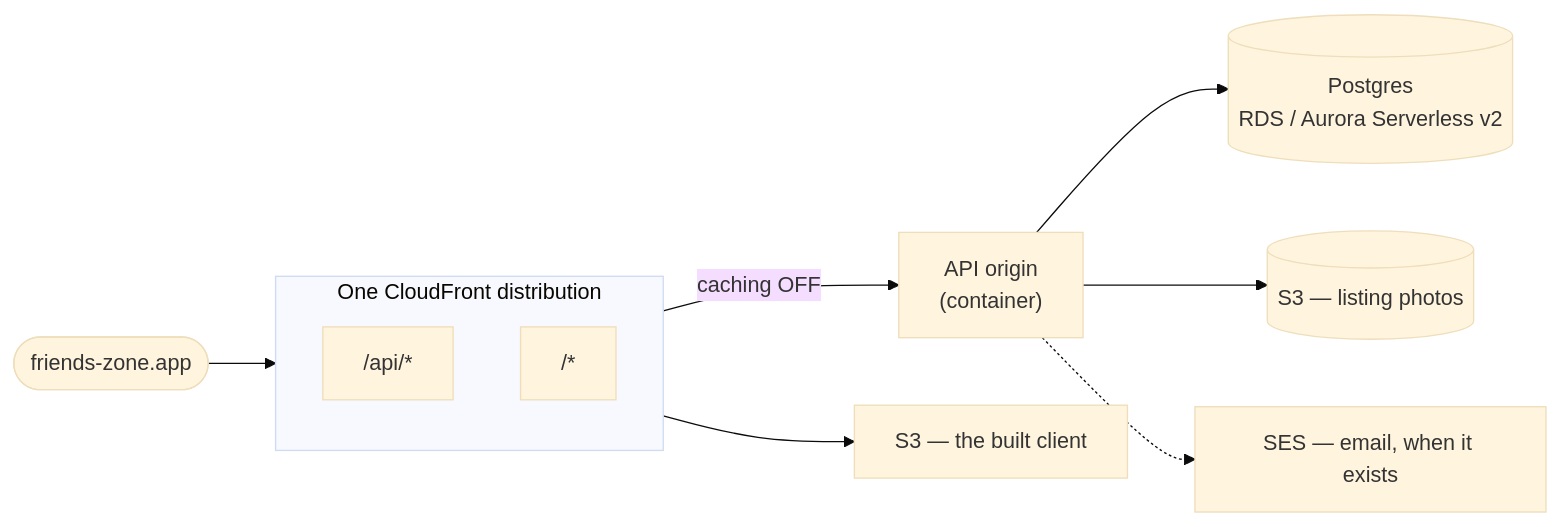
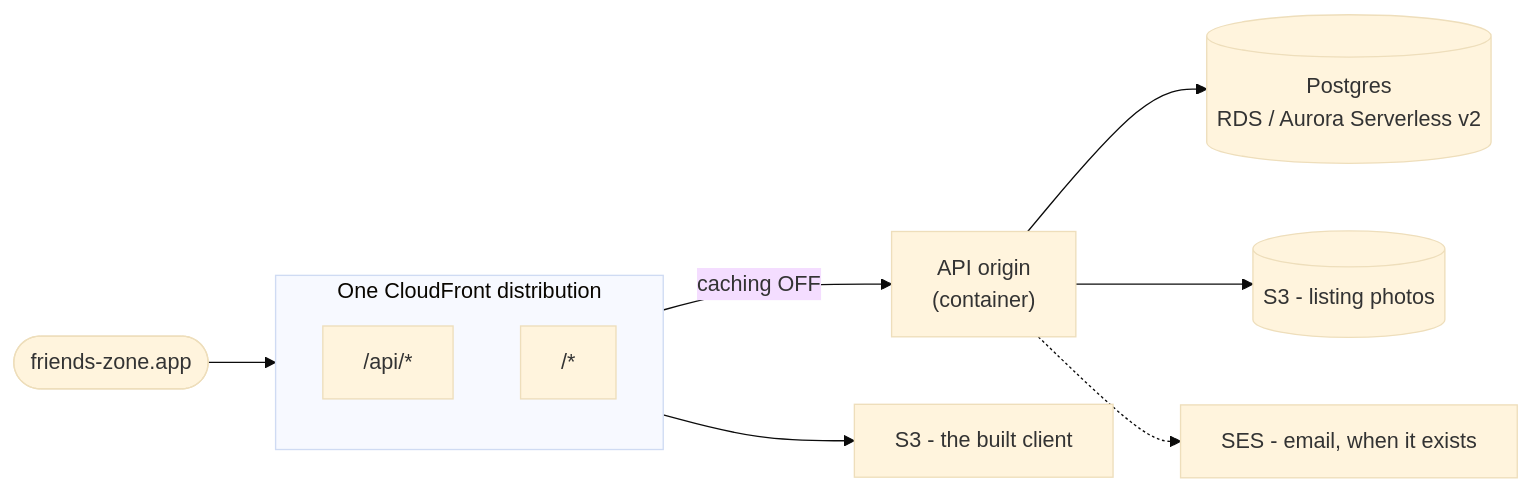
One commit to brian-summers/FriendsZone changed the diagram in docs/adr/0027-deploy-on-aws.md. Above: the diagram before and after it, drawn with Mermaid (base theme). The commit also changed other lines of this file and 175 other files, not shown here.

````diff
--- a/docs/adr/0027-deploy-on-aws.md
+++ b/docs/adr/0027-deploy-on-aws.md
@@ -24,23 +24,23 @@
 ```mermaid
 flowchart LR
     dns(["friends-zone.app"])
 
     subgraph cf ["One CloudFront distribution"]
         direction TB
         apiPath["/api/*"]
         webPath["/*"]
     end
 
     apiOrigin["API origin<br/>(container)"]
-    s3web["S3 — the built client"]
+    s3web["S3 - the built client"]
     pg[("Postgres<br/>RDS / Aurora Serverless v2")]
-    s3photos[("S3 — listing photos")]
-    ses["SES — email, when it exists"]
+    s3photos[("S3 - listing photos")]
+    ses["SES - email, when it exists"]
 
     dns --> cf
     apiPath -->|"caching OFF"| apiOrigin
     webPath --> s3web
     apiOrigin --> pg
     apiOrigin --> s3photos
     apiOrigin -.-> ses
 ```
````
